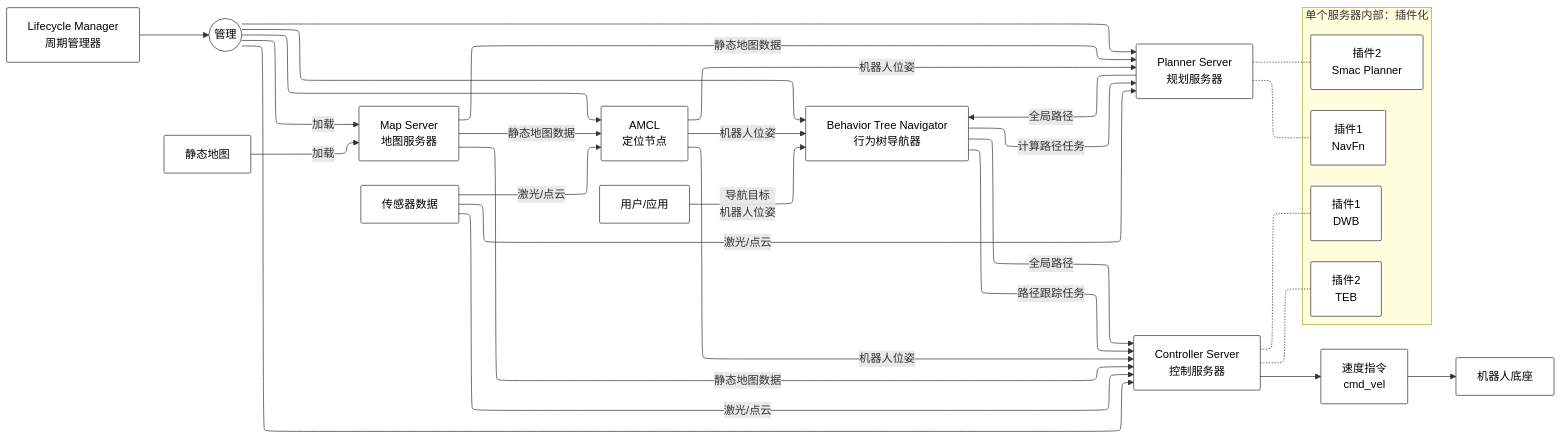
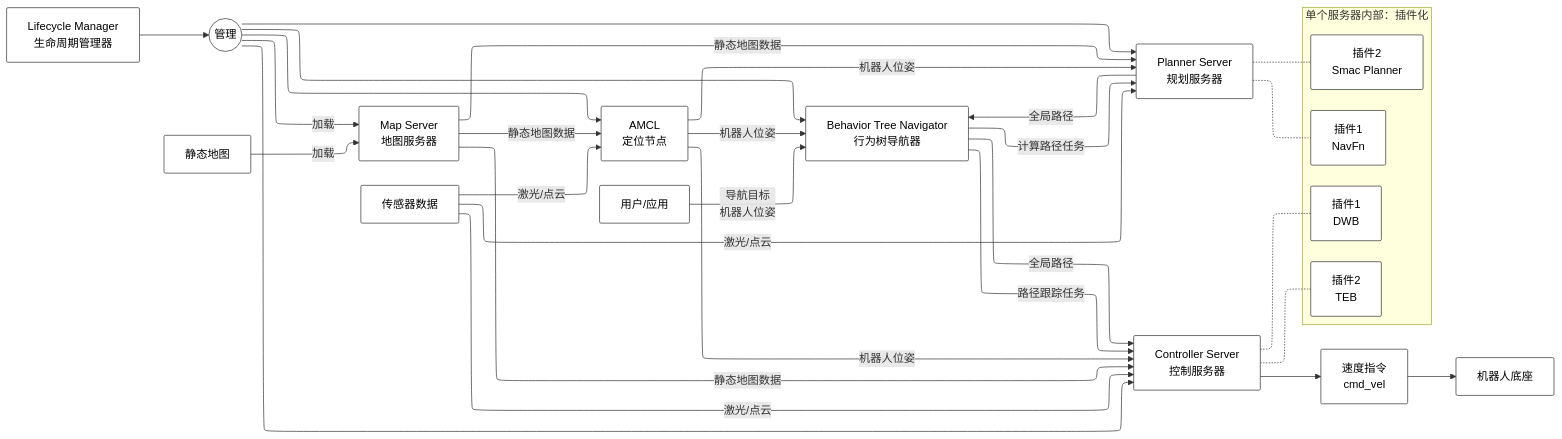
One commit to KwanWaiPang/KwanWaiPang.github.io changed the third of 3 diagrams in _posts/2026-01-28-谈谈ROS导航.md. Above: the diagram before and after it, drawn with Mermaid.

```diff
--- a/_posts/2026-01-28-谈谈ROS导航.md
+++ b/_posts/2026-01-28-谈谈ROS导航.md
@@ -133,41 +133,41 @@
 <div class="mermaid" style="height: 400px; display: flex; justify-content: center; width: 100%; margin: 0 auto;">
 ---
 config:
   layout: elk
 ---
 flowchart LR
 %%  subgraph Nav2System ["Nav2 系统：服务器集群"]
     direction TB
         MapServer["Map Server<br>地图服务器"]
         AMCL["AMCL<br>定位节点"]
         PlannerServer["Planner Server<br>规划服务器"]
         ControllerServer["Controller Server<br>控制服务器"]
         BTNavigator["Behavior Tree Navigator<br>行为树导航器"]
 %%   end
  subgraph Plugins["单个服务器内部：插件化"]
     direction LR
         P_NavFn["插件1<br>NavFn"]
         P_Smac["插件2<br>Smac Planner"]
         C_DWB["插件1<br>DWB"]
         C_TEB["插件2<br>TEB"]
   end
-    LifecycleManager["Lifecycle Manager<br>周期管理器"] --> ManageNode(("管理"))
+    LifecycleManager["Lifecycle Manager<br>生命周期管理器"] --> ManageNode(("管理"))
     ManageNode -- 加载 --> MapServer
     ManageNode --> AMCL & PlannerServer & ControllerServer & BTNavigator
     StaticMapData["静态地图"] -- 加载 --> MapServer
     MapServer -- 静态地图数据 --> AMCL & PlannerServer & ControllerServer
     SensorData["传感器数据"] -- 激光/点云 --> AMCL & PlannerServer & ControllerServer
     AMCL -- 机器人位姿 --> PlannerServer & BTNavigator & ControllerServer
     UserApp["用户/应用"] -- 导航目标<br>机器人位姿 --> BTNavigator
     BTNavigator -- 计算路径任务 --> PlannerServer
     PlannerServer -- 全局路径 --> BTNavigator
     BTNavigator -- 路径跟踪任务 --> ControllerServer
     BTNavigator -- 全局路径 --> ControllerServer
     PlannerServer -.- P_NavFn & P_Smac
     ControllerServer -.- C_DWB & C_TEB
     ControllerServer --> CmdVel["速度指令<br>cmd_vel"]
     CmdVel --> RobotBase["机器人底座"]
 
     classDef default fill:#fff,stroke:#333,stroke-width:1px,color:#000,rx:2,ry:2
     classDef highlight fill:#fdfbe8,stroke:#d4c359,stroke-width:2px
 </div>
```
